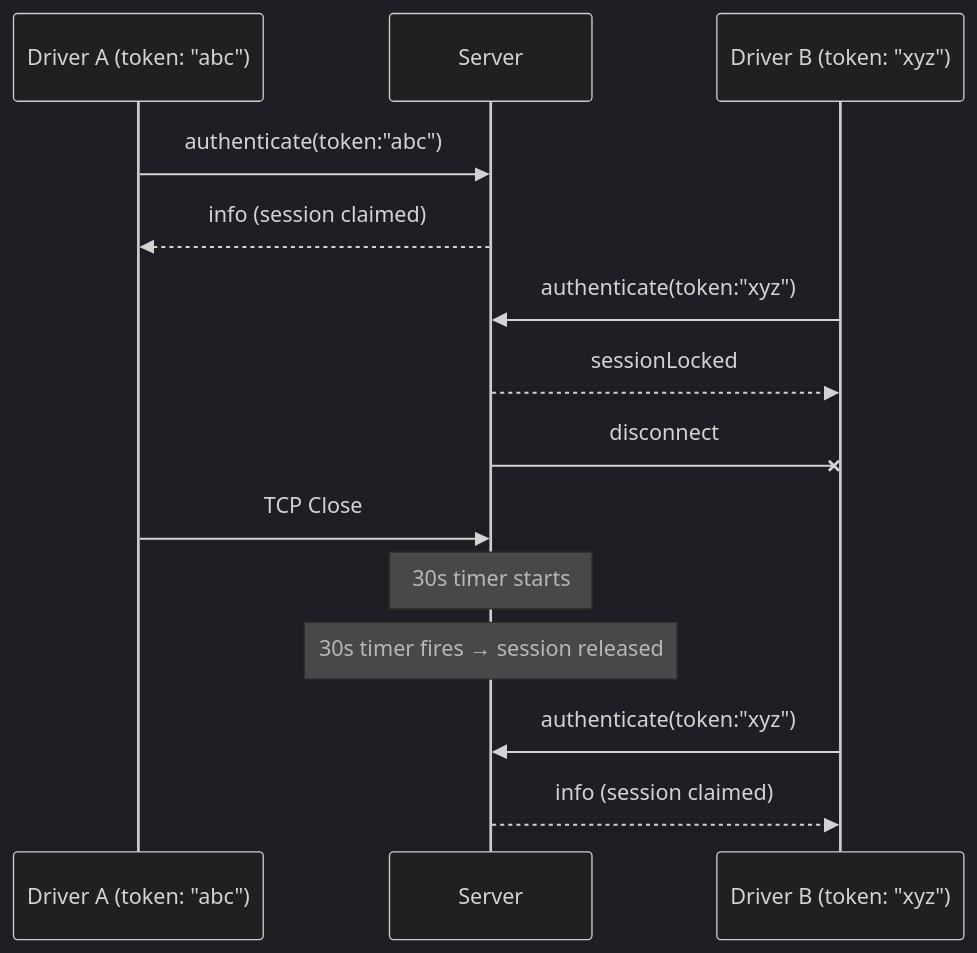
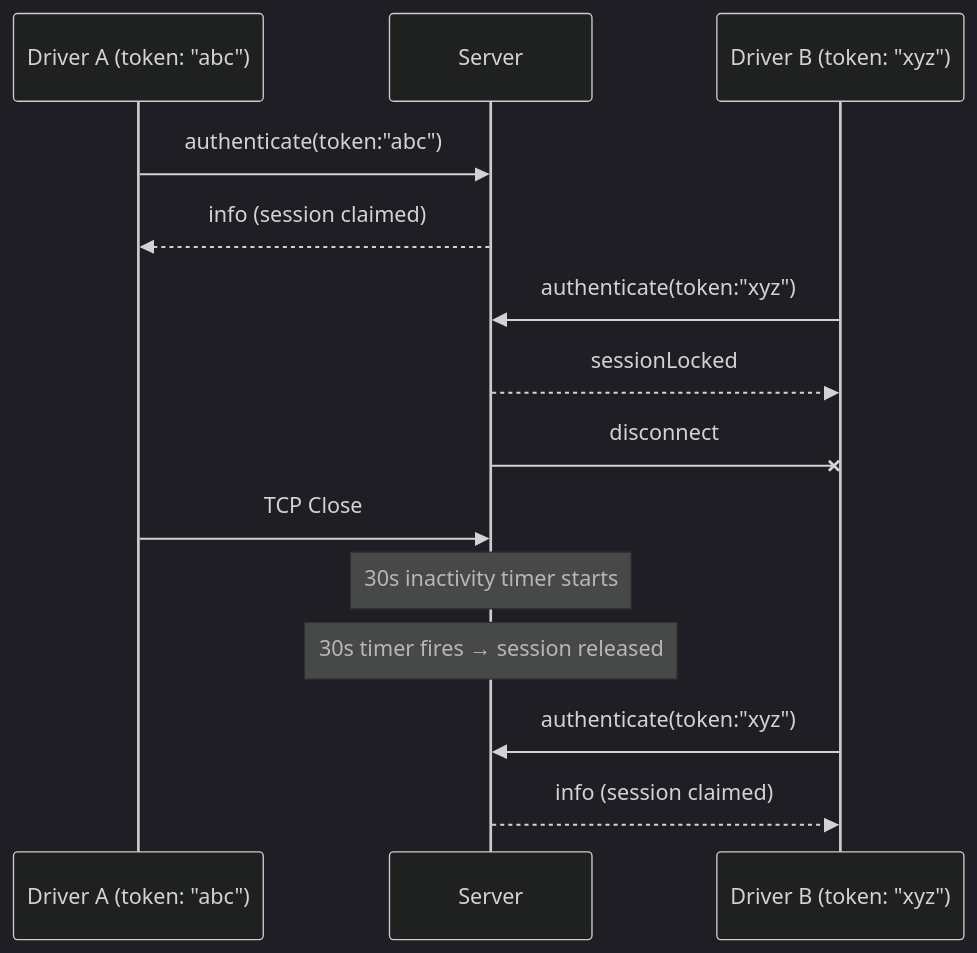
Before and after one commit to RoyalPineapple/TheButtonHeist: the second of 3 diagrams in docs/WIRE-PROTOCOL.md, drawn with Mermaid (dark theme). The commit also changed other lines of this file and 4 other files, not shown here.

````diff
--- a/docs/WIRE-PROTOCOL.md
+++ b/docs/WIRE-PROTOCOL.md
@@ -1060,20 +1055,20 @@
 ```mermaid
 sequenceDiagram
     participant A as Driver A (token: "abc")
     participant S as Server
     participant B as Driver B (token: "xyz")
 
     A->>S: authenticate(token:"abc")
     S-->>A: info (session claimed)
 
     B->>S: authenticate(token:"xyz")
     S-->>B: sessionLocked
     S-xB: disconnect
 
     A->>S: TCP Close
-    Note over S: 30s timer starts
+    Note over S: 30s inactivity timer starts
     Note over S: 30s timer fires → session released
 
     B->>S: authenticate(token:"xyz")
     S-->>B: info (session claimed)
 ```
````
